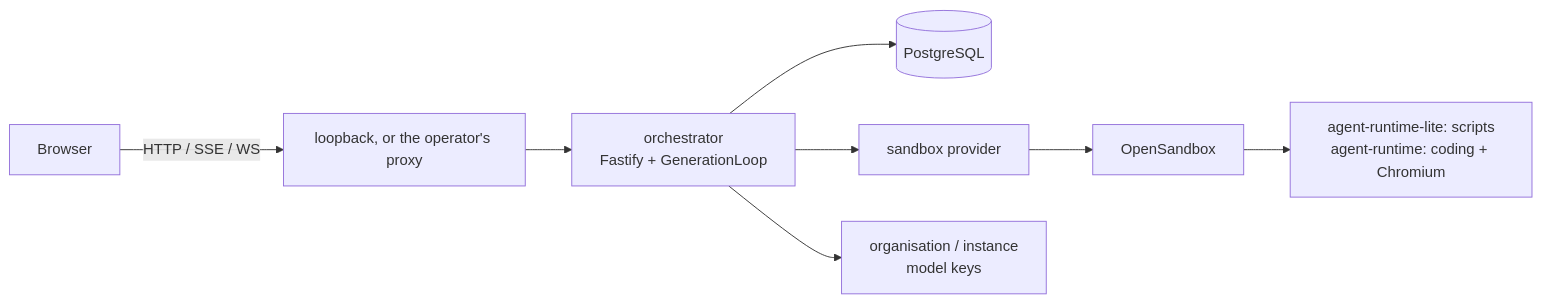
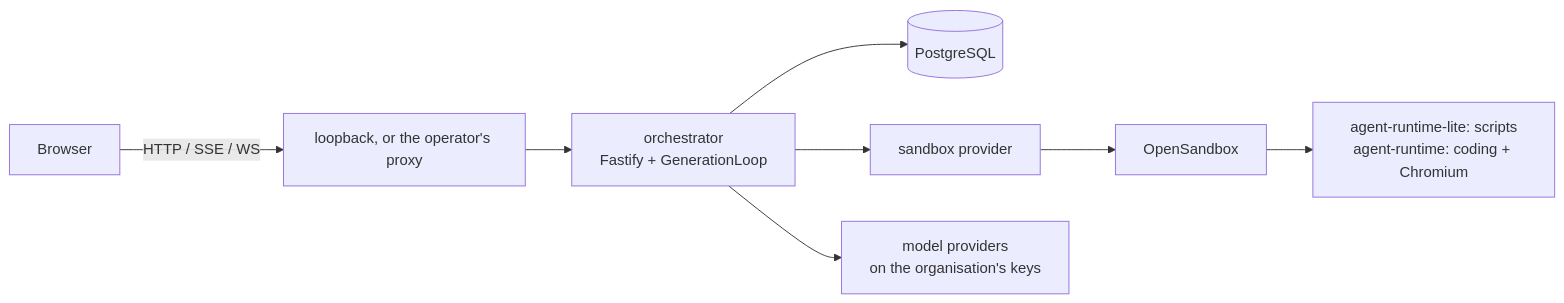
One commit to CigaleAI/guilds changed the first of 4 diagrams in docs/architecture/code-map.md. Above: the diagram before and after it, drawn with Mermaid. The commit also changed other lines of this file and 133 other files, not shown here.

````diff
--- a/docs/architecture/code-map.md
+++ b/docs/architecture/code-map.md
@@ -14,10 +14,10 @@
 ```mermaid
 flowchart LR
   Browser["Browser"] -->|HTTP / SSE / WS| Ingress["loopback, or the operator's proxy"]
   Ingress --> Orch["orchestrator<br/>Fastify + GenerationLoop"]
   Orch --> PG[(PostgreSQL)]
   Orch --> Place["sandbox provider"]
   Place --> OS[OpenSandbox]
-  Orch --> LLM[organisation / instance<br/>model keys]
+  Orch --> LLM[model providers<br/>on the organisation's keys]
   OS --> Docker["agent-runtime-lite: scripts<br/>agent-runtime: coding + Chromium"]
 ```
````
